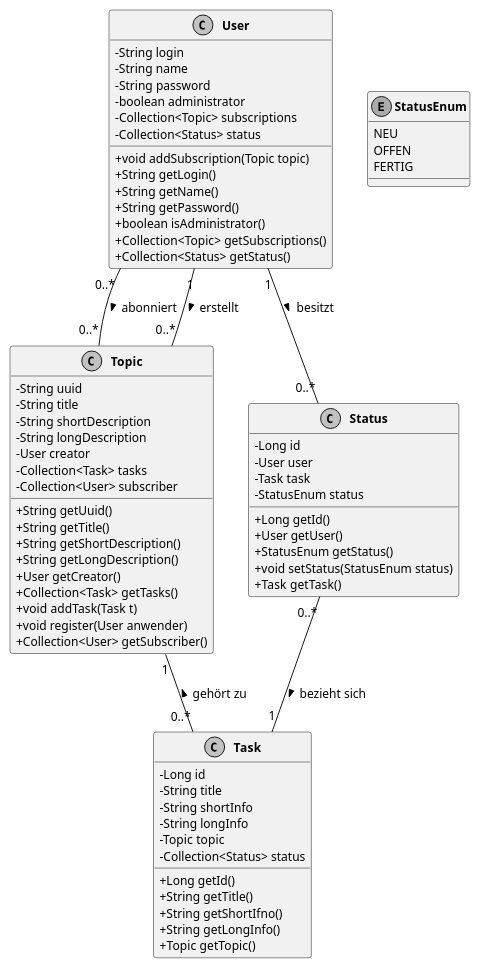
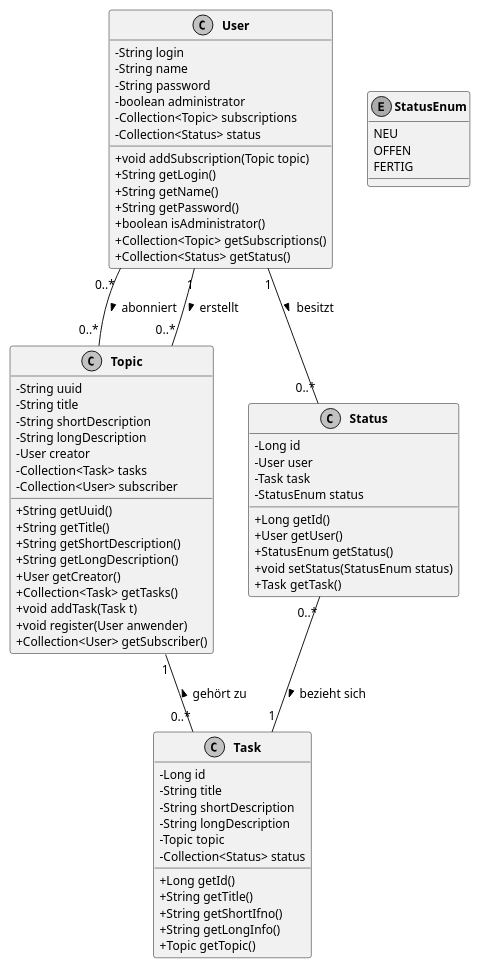
The diagram in doku/Datenmodell.plantuml (SimonHirner/agenda20), drawn with PlantUML before and after one commit. The commit also changed 17 other files, not shown here.

```diff
--- a/doku/Datenmodell.plantuml
+++ b/doku/Datenmodell.plantuml
@@ -1,87 +1,87 @@
 @startuml
 
 ' Layout
 skinparam classAttributeIconSize 0
 skinparam monochrome true
 skinparam shadowing false
 skinparam DefaultFontName arial
 skinparam DefaultFontSize 12
 skinparam ClassFontStyle bold
 hide empty fields
 
 ' Assoziationen
 User "0..*" -- "0..*" Topic : > abonniert
 User "1" -- "0..*" Topic : > erstellt
 User "1" -- "0..*" Status : > besitzt
 Topic "1" -- "0..*" Task : < gehört zu
 Status "0..*" -- "1" Task : > bezieht sich
 
 ' Klassen
 class Status [[java:edu.hm.cs.katz.swt2.agenda.persistence.Status]] {
 	-Long id
 	-User user
 	-Task task
 	-StatusEnum status
 	+Long getId()
 	+User getUser()
 	+StatusEnum getStatus()
 	+void setStatus(StatusEnum status)
 	+Task getTask()
 }
 
 class Task [[java:edu.hm.cs.katz.swt2.agenda.persistence.Task]] {
 	-Long id
 	-String title
-	-String shortInfo
-	-String longInfo
+	-String shortDescription
+	-String longDescription
 	-Topic topic
 	-Collection<Status> status
 	+Long getId()
 	+String getTitle()
 	+String getShortIfno()
 	+String getLongInfo()
 	+Topic getTopic()
 }
 
 class User [[java:edu.hm.cs.katz.swt2.agenda.persistence.User]] {
 	-String login
 	-String name
 	-String password
 	-boolean administrator
 	-Collection<Topic> subscriptions
 	-Collection<Status> status
 	+void addSubscription(Topic topic)
 	+String getLogin()
 	+String getName()
 	+String getPassword()
 	+boolean isAdministrator()
 	+Collection<Topic> getSubscriptions()
 	+Collection<Status> getStatus()
 }
 
 class Topic [[java:edu.hm.cs.katz.swt2.agenda.persistence.Topic]] {
 	-String uuid
 	-String title
 	-String shortDescription
 	-String longDescription
 	-User creator
 	-Collection<Task> tasks
 	-Collection<User> subscriber
 	+String getUuid()
 	+String getTitle()
 	+String getShortDescription()
 	+String getLongDescription()
 	+User getCreator()
 	+Collection<Task> getTasks()
 	+void addTask(Task t)
 	+void register(User anwender)
 	+Collection<User> getSubscriber()
 }
 
 enum StatusEnum [[java:edu.hm.cs.katz.swt2.agenda.common.StatusEnum]] {
 	NEU
 	OFFEN
 	FERTIG
 }
 
 @enduml
```
